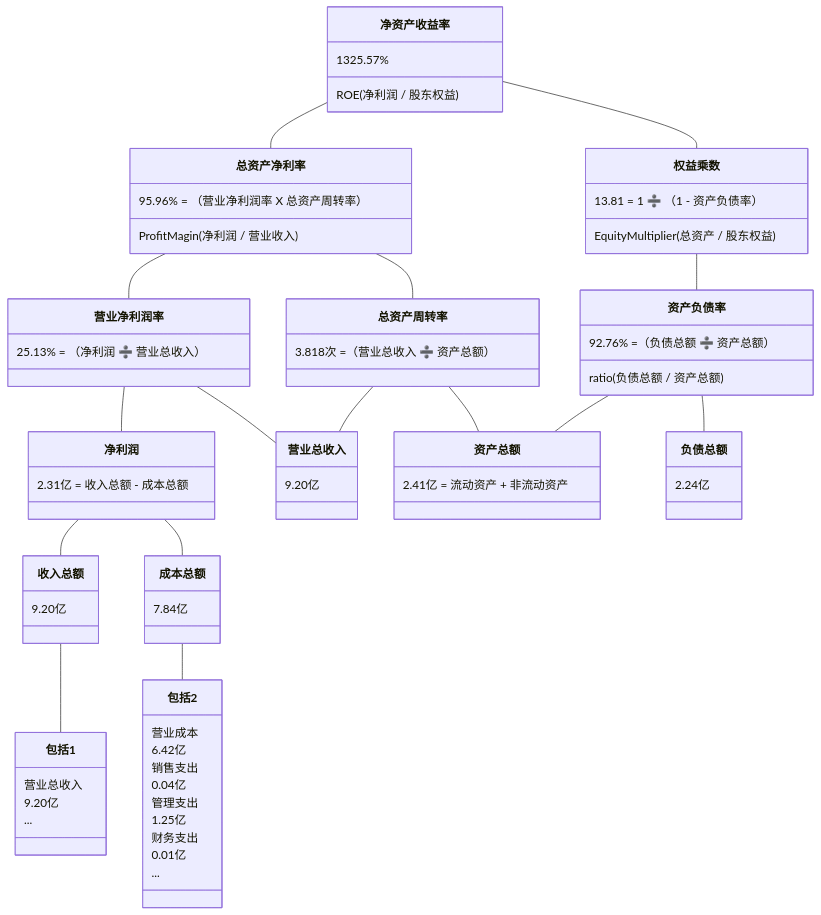
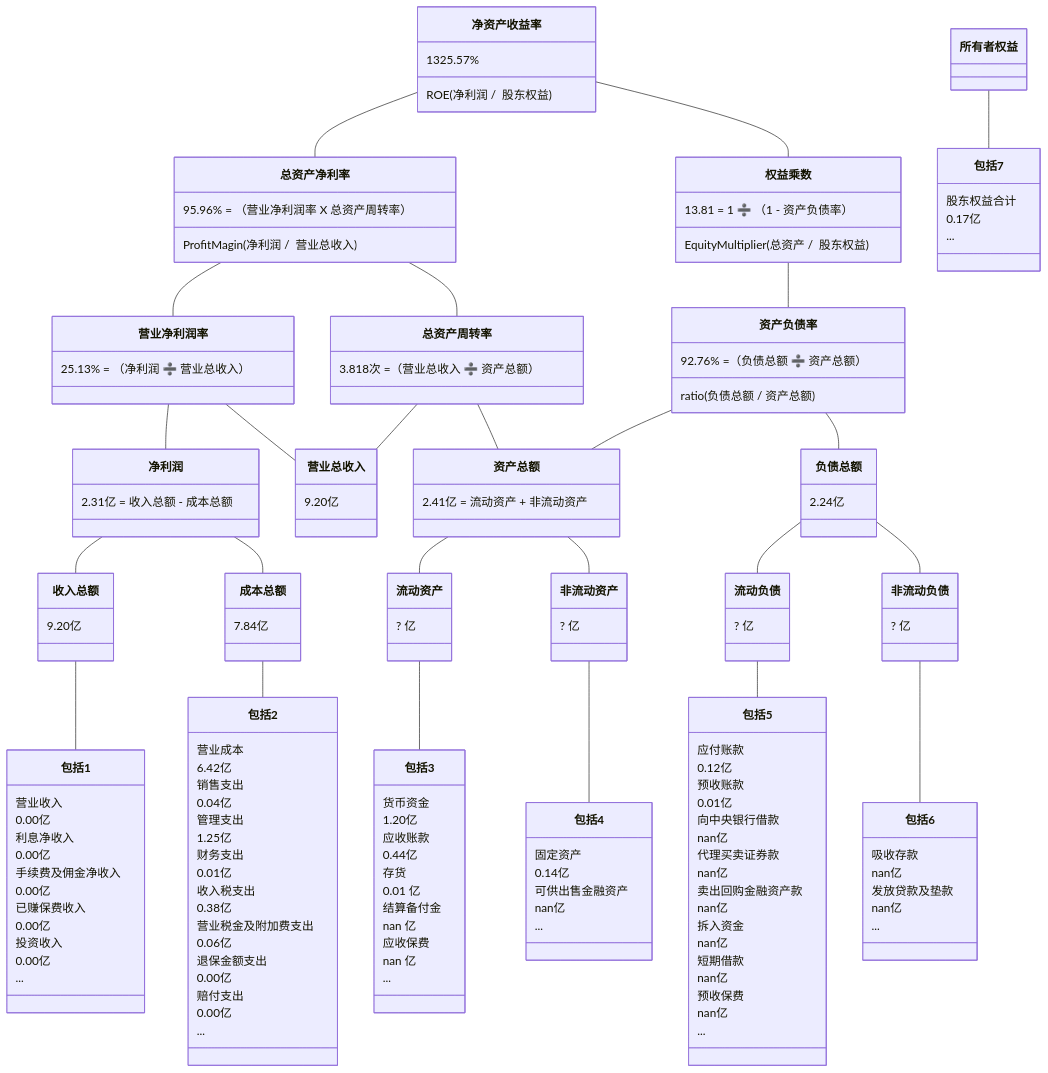
The first of 10 diagrams in 2/2.md (TheVeryDarkness/cs410), drawn with Mermaid before and after one commit. The commit also changed other lines of this file and 101 other files, not shown here.

````diff
--- a/2/2.md
+++ b/2/2.md
@@ -4,51 +4,121 @@
 ```mermaid
 classDiagram
 净资产收益率 -- 总资产净利率
-	净资产收益率 : 1325.57%
-	净资产收益率 : ROE(净利润 /  股东权益)
-	总资产净利率 : 95.96% = （营业净利润率 X 总资产周转率）
-	总资产净利率 : ProfitMagin(净利润 /  营业收入)
+    净资产收益率 : 1325.57%
+    净资产收益率 : ROE(净利润 /  股东权益)
+    总资产净利率 : 95.96% = （营业净利润率 X 总资产周转率）
+    总资产净利率 : ProfitMagin(净利润 /  营业总收入)
 净资产收益率 -- 权益乘数
-	权益乘数 : 13.81 = 1 ➗ （1 - 资产负债率）
-	权益乘数 : EquityMultiplier(总资产 /  股东权益)
-	
+    权益乘数 : 13.81 = 1 ➗ （1 - 资产负债率）
+    权益乘数 : EquityMultiplier(总资产 /  股东权益)
+    
 总资产净利率 -- 营业净利润率
-	营业净利润率 : 25.13% = （净利润 ➗ 营业总收入）
+    营业净利润率 : 25.13% = （净利润 ➗ 营业总收入）
 总资产净利率 -- 总资产周转率
-	总资产周转率 : 3.818次 =（营业总收入 ➗ 资产总额）
+    总资产周转率 : 3.818次 =（营业总收入 ➗ 资产总额）
 权益乘数 -- 资产负债率
-	资产负债率  : 92.76% =（负债总额 ➗ 资产总额）
-	资产负债率  : ratio(负债总额 / 资产总额)
+    资产负债率  : 92.76% =（负债总额 ➗ 资产总额）
+    资产负债率  : ratio(负债总额 / 资产总额)
 
 营业净利润率 -- 净利润
-	净利润 : 2.31亿 = 收入总额 - 成本总额
+    净利润 : 2.31亿 = 收入总额 - 成本总额
 营业净利润率 -- 营业总收入
-	营业总收入 : 9.20亿
+    营业总收入 : 9.20亿
 总资产周转率 -- 营业总收入
 总资产周转率 -- 资产总额
-	资产总额 : 2.41亿 = 流动资产 + 非流动资产
+    资产总额 : 2.41亿 = 流动资产 + 非流动资产
 资产负债率 -- 　负债总额
-	负债总额 : 2.24亿
+    负债总额 : 2.24亿
 资产负债率 -- 　资产总额
 
 
 净利润 -- 收入总额
-	收入总额 : 9.20亿
+    收入总额 : 9.20亿
 净利润 -- 成本总额
-	成本总额 : 7.84亿
+    成本总额 : 7.84亿
+资产总额 -- 流动资产
+	流动资产 : ? 亿
+资产总额 -- 非流动资产
+	非流动资产 : ? 亿
+负债总额 -- 流动负债
+	流动负债 : ? 亿
+负债总额 -- 非流动负债
+	非流动负债 : ? 亿
 
 收入总额 -- 包括1
-	包括1 : 营业总收入
-	包括1 : 9.20亿
-	包括1 : ...
+    包括1 : 营业收入
+    包括1 : 0.00亿
+    包括1 : 利息净收入
+    包括1 : 0.00亿
+    包括1 : 手续费及佣金净收入
+    包括1 : 0.00亿
+    包括1 : 已赚保费收入
+    包括1 : 0.00亿
+    包括1 : 投资收入
+    包括1 : 0.00亿
+    包括1 : ...
 成本总额 -- 包括2
-	包括2 : 营业成本
-	包括2 : 6.42亿
-	包括2 : 销售支出
-	包括2 : 0.04亿
-	包括2 : 管理支出
-	包括2 : 1.25亿
-	包括2 : 财务支出
-	包括2 : 0.01亿
-	包括2 : ...
+    包括2 : 营业成本
+    包括2 : 6.42亿
+    包括2 : 销售支出
+    包括2 : 0.04亿
+    包括2 : 管理支出
+    包括2 : 1.25亿
+    包括2 : 财务支出
+    包括2 : 0.01亿
+    包括2 : 收入税支出
+    包括2 : 0.38亿
+    包括2 : 营业税金及附加费支出
+    包括2 : 0.06亿
+    包括2 : 退保金额支出
+    包括2 : 0.00亿
+    包括2 : 赔付支出
+    包括2 : 0.00亿
+    包括2 : ...
+流动资产 -- 包括3
+    包括3 : 货币资金
+    包括3 : 1.20亿
+    包括3 : 应收账款
+    包括3 : 0.44亿
+    包括3 : 存货
+    包括3 : 0.01 亿
+    包括3 : 结算备付金
+    包括3 : nan 亿
+    包括3 : 应收保费
+    包括3 : nan 亿
+    包括3 : ...
+非流动资产 -- 包括4
+    包括4 : 固定资产
+    包括4 : 0.14亿
+    包括4 : 可供出售金融资产
+    包括4 : nan亿
+    包括4 : ...
+流动负债 -- 包括5
+    包括5 : 应付账款
+    包括5 : 0.12亿
+    包括5 : 预收账款
+    包括5 : 0.01亿
+    包括5 : 向中央银行借款
+    包括5 : nan亿
+    包括5 : 代理买卖证券款
+    包括5 : nan亿
+    包括5 : 卖出回购金融资产款
+    包括5 : nan亿
+    包括5 : 拆入资金
+    包括5 : nan亿
+    包括5 : 短期借款
+    包括5 : nan亿
+    包括5 : 预收保费
+    包括5 : nan亿
+    包括5 : ...
+非流动负债 -- 包括6
+    包括6 : 吸收存款
+    包括6 : nan亿
+    包括6 : 发放贷款及垫款
+    包括6 : nan亿
+    包括6 : ...
+所有者权益 -- 包括7
+    包括7 : 股东权益合计
+    包括7 : 0.17亿
+    包括7 : ...
 ```
````
